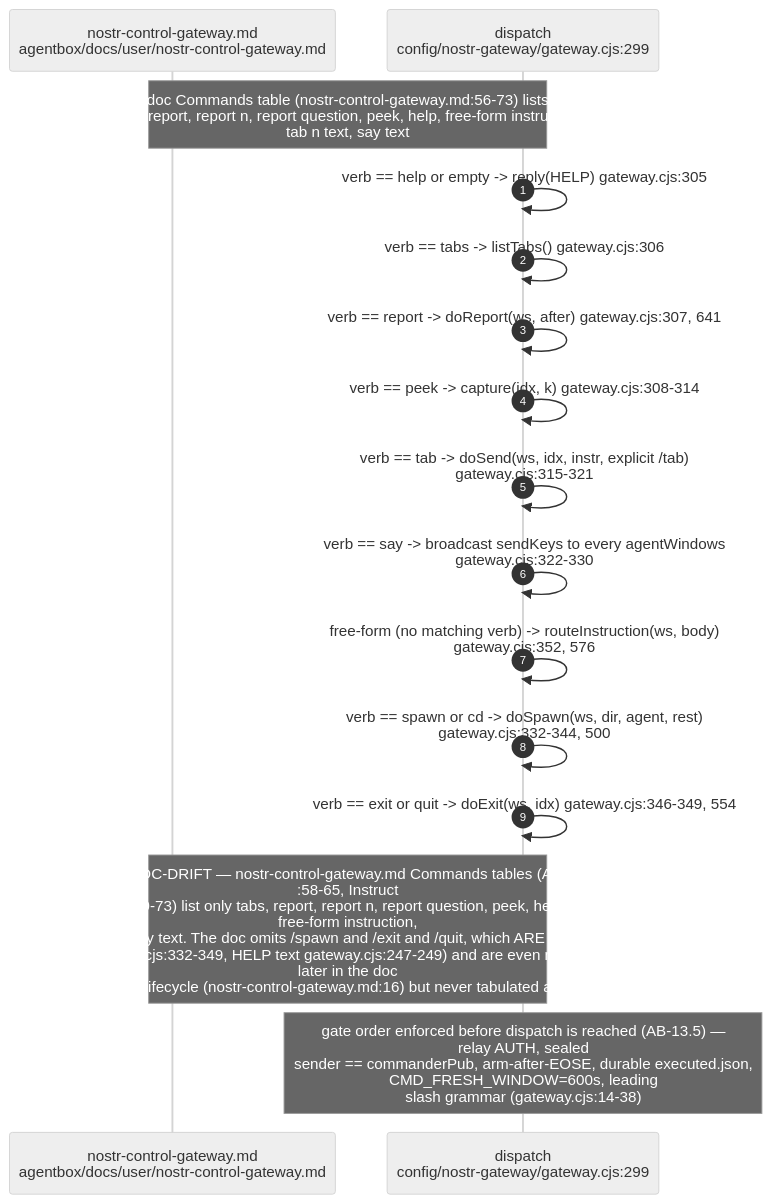
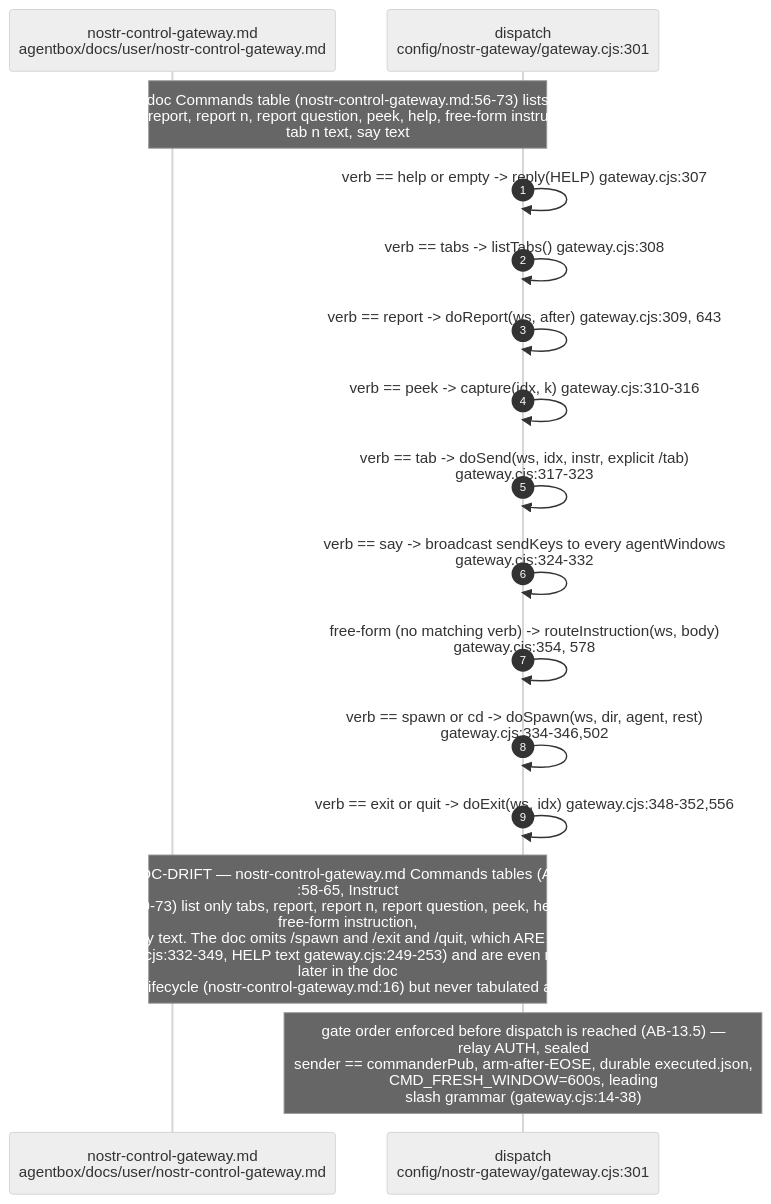
One commit to DreamLab-AI/VisionFlow changed the tenth of 16 diagrams in docs/diagrams/agentbox/13-nostr-relay-gateway-bridge-mirror.md. Above: the diagram before and after it, drawn with Mermaid (neutral theme). The commit also changed other lines of this file and 111 other files, not shown here.

Commit message:
docs(diagrams): align estate maps with current source

````diff
--- a/docs/diagrams/agentbox/13-nostr-relay-gateway-bridge-mirror.md
+++ b/docs/diagrams/agentbox/13-nostr-relay-gateway-bridge-mirror.md
@@ -420,19 +424,19 @@
 ```mermaid
 sequenceDiagram
     autonumber
     participant DOC as nostr-control-gateway.md<br/>agentbox/docs/user/nostr-control-gateway.md
-    participant DISP as dispatch<br/>config/nostr-gateway/gateway.cjs:299
+    participant DISP as dispatch<br/>config/nostr-gateway/gateway.cjs:301
 
 Note over DOC,DISP: doc Commands table (nostr-control-gateway.md:56-73) lists<br/>tabs, report, report n, report question, peek, help, free-form instruction,<br/>tab n text, say text
-    DISP->>DISP: verb == help or empty -> reply(HELP) gateway.cjs:305
-    DISP->>DISP: verb == tabs -> listTabs() gateway.cjs:306
-    DISP->>DISP: verb == report -> doReport(ws, after) gateway.cjs:307, 641
-    DISP->>DISP: verb == peek -> capture(idx, k) gateway.cjs:308-314
-DISP->>DISP: verb == tab -> doSend(ws, idx, instr, explicit /tab)<br/>gateway.cjs:315-321
-DISP->>DISP: verb == say -> broadcast sendKeys to every agentWindows<br/>gateway.cjs:322-330
-DISP->>DISP: free-form (no matching verb) -> routeInstruction(ws, body)<br/>gateway.cjs:352, 576
-DISP->>DISP: verb == spawn or cd -> doSpawn(ws, dir, agent, rest)<br/>gateway.cjs:332-344, 500
-    DISP->>DISP: verb == exit or quit -> doExit(ws, idx) gateway.cjs:346-349, 554
-Note over DOC,DISP: DOC-DRIFT — nostr-control-gateway.md Commands tables (Ask<br/>:58-65, Instruct<br/>:69-73) list only tabs, report, report n, report question, peek, help,<br/>free-form instruction,<br/>tab n text, say text. The doc omits /spawn and /exit and /quit, which ARE implemented<br/>(gateway.cjs:332-349, HELP text gateway.cjs:247-249) and are even mentioned<br/>later in the doc<br/>prose under Lifecycle (nostr-control-gateway.md:16) but never tabulated as Commands
+    DISP->>DISP: verb == help or empty -> reply(HELP) gateway.cjs:307
+    DISP->>DISP: verb == tabs -> listTabs() gateway.cjs:308
+    DISP->>DISP: verb == report -> doReport(ws, after) gateway.cjs:309, 643
+    DISP->>DISP: verb == peek -> capture(idx, k) gateway.cjs:310-316
+DISP->>DISP: verb == tab -> doSend(ws, idx, instr, explicit /tab)<br/>gateway.cjs:317-323
+DISP->>DISP: verb == say -> broadcast sendKeys to every agentWindows<br/>gateway.cjs:324-332
+DISP->>DISP: free-form (no matching verb) -> routeInstruction(ws, body)<br/>gateway.cjs:354, 578
+DISP->>DISP: verb == spawn or cd -> doSpawn(ws, dir, agent, rest)<br/>gateway.cjs:334-346,502
+    DISP->>DISP: verb == exit or quit -> doExit(ws, idx) gateway.cjs:348-352,556
+Note over DOC,DISP: DOC-DRIFT — nostr-control-gateway.md Commands tables (Ask<br/>:58-65, Instruct<br/>:69-73) list only tabs, report, report n, report question, peek, help,<br/>free-form instruction,<br/>tab n text, say text. The doc omits /spawn and /exit and /quit, which ARE implemented<br/>(gateway.cjs:332-349, HELP text gateway.cjs:249-253) and are even mentioned<br/>later in the doc<br/>prose under Lifecycle (nostr-control-gateway.md:16) but never tabulated as Commands
 Note over DISP: gate order enforced before dispatch is reached (AB-13.5) —<br/>relay AUTH, sealed<br/>sender == commanderPub, arm-after-EOSE, durable executed.json,<br/>CMD_FRESH_WINDOW=600s, leading<br/>slash grammar (gateway.cjs:14-38)
 ```
````
